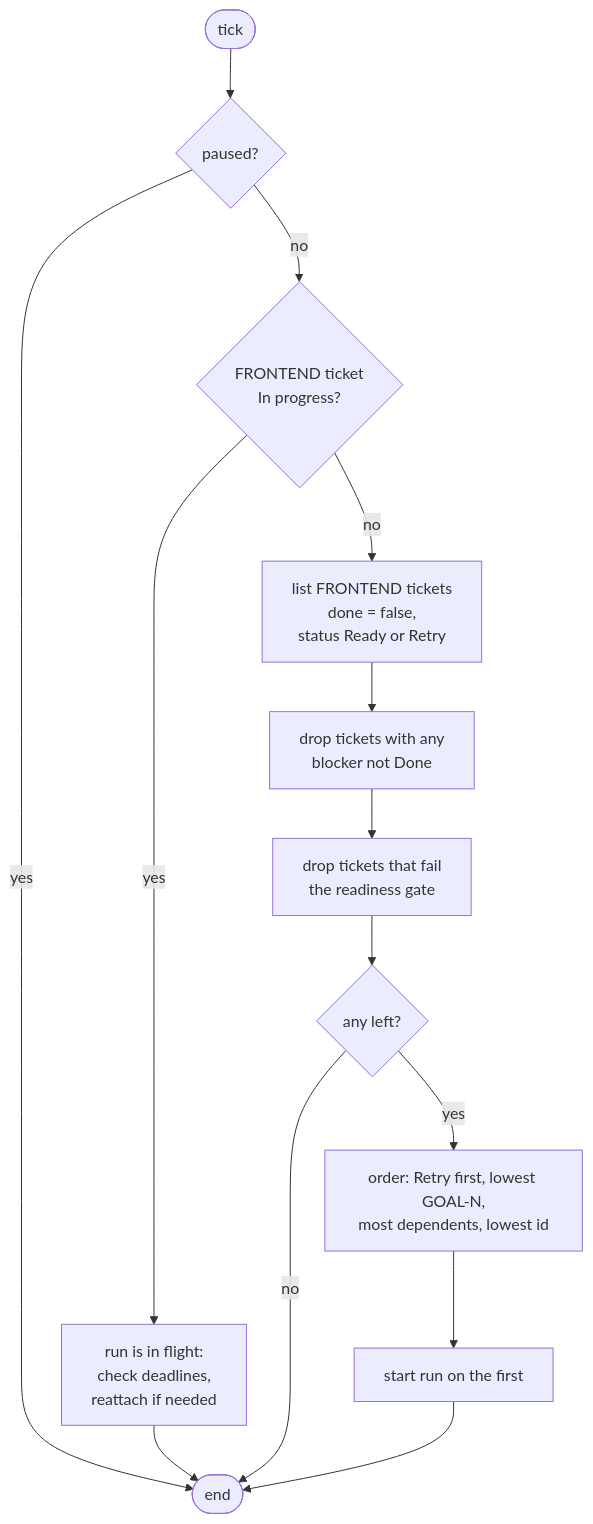
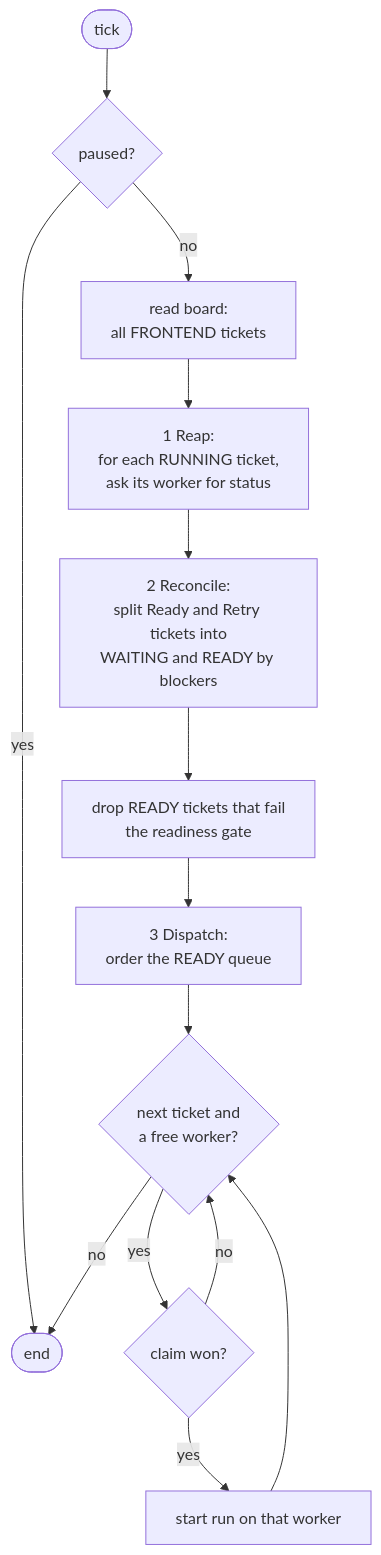
The third of 4 diagrams in agent-team/apps/docs/frontend-ctr-proposal.md (lgdelacruz92/agent-team), drawn with Mermaid before and after one commit. The commit also changed other lines of this file, not shown here.

````diff
--- a/agent-team/apps/docs/frontend-ctr-proposal.md
+++ b/agent-team/apps/docs/frontend-ctr-proposal.md
@@ -96,16 +113,16 @@
 ```mermaid
 flowchart TD
     T([tick]) --> P{paused?}
     P -- yes --> E([end])
-    P -- no --> B{FRONTEND ticket<br/>In progress?}
-    B -- yes --> W[run is in flight:<br/>check deadlines,<br/>reattach if needed]
-    W --> E
-    B -- no --> L[list FRONTEND tickets<br/>done = false,<br/>status Ready or Retry]
-    L --> D[drop tickets with any<br/>blocker not Done]
-    D --> V[drop tickets that fail<br/>the readiness gate]
-    V --> Q{any left?}
-    Q -- no --> E
-    Q -- yes --> O[order: Retry first, lowest GOAL-N,<br/>most dependents, lowest id]
-    O --> S[start run on the first]
-    S --> E
+    P -- no --> R[read board:<br/>all FRONTEND tickets]
+    R --> H1[1 Reap:<br/>for each RUNNING ticket,<br/>ask its worker for status]
+    H1 --> H2[2 Reconcile:<br/>split Ready and Retry tickets into<br/>WAITING and READY by blockers]
+    H2 --> V[drop READY tickets that fail<br/>the readiness gate]
+    V --> O[3 Dispatch:<br/>order the READY queue]
+    O --> F{next ticket and<br/>a free worker?}
+    F -- no --> E
+    F -- yes --> C{claim won?}
+    C -- no --> F
+    C -- yes --> S[start run on that worker]
+    S --> F
 ```
````
